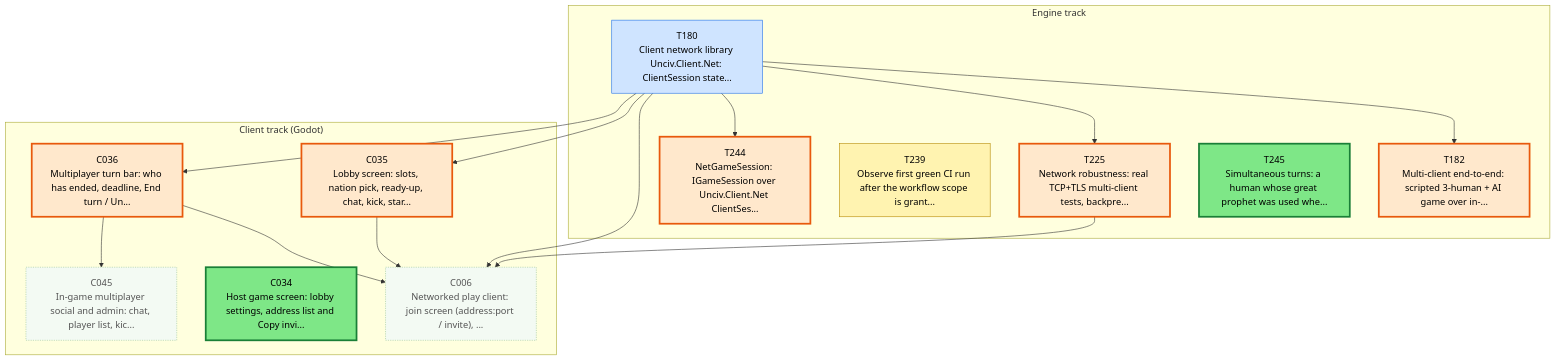
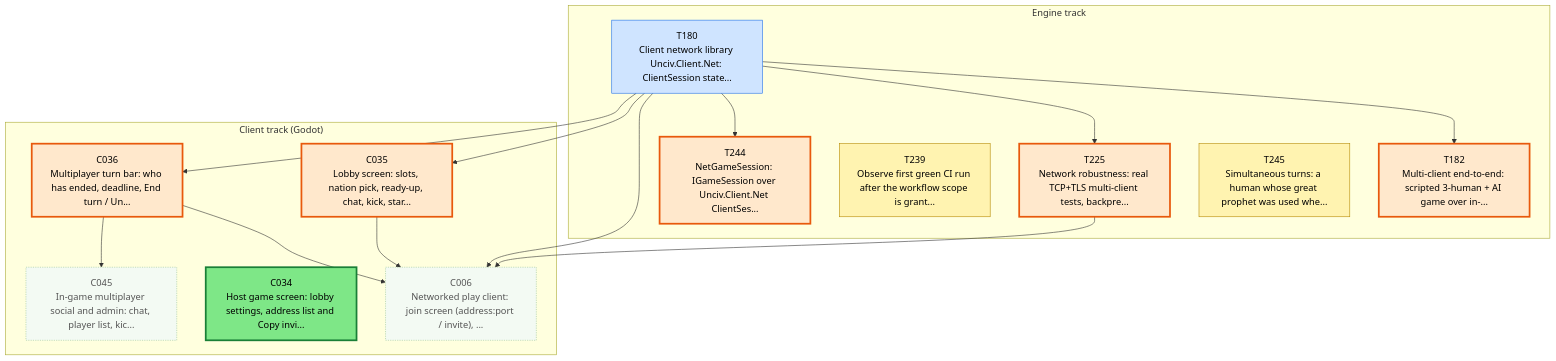
The first of 3 diagrams in csharp/migration/DEPENDENCY_MAP.md (Kenmura/Unciv), drawn with Mermaid before and after one commit. The commit also changed other lines of this file and 1 other file, not shown here.

````diff
--- a/csharp/migration/DEPENDENCY_MAP.md
+++ b/csharp/migration/DEPENDENCY_MAP.md
@@ -24,46 +24,46 @@
 ```mermaid
 flowchart TD
   subgraph TTRACK["Engine track"]
     T180["T180<br/>Client network library Unciv.Client.Net: ClientSession state..."]
     T182["T182<br/>Multi-client end-to-end: scripted 3-human + AI game over in-..."]
     T225["T225<br/>Network robustness: real TCP+TLS multi-client tests, backpre..."]
     T239["T239<br/>Observe first green CI run after the workflow scope is grant..."]
     T244["T244<br/>NetGameSession: IGameSession over Unciv.Client.Net ClientSes..."]
     T245["T245<br/>Simultaneous turns: a human whose great prophet was used whe..."]
   end
   subgraph CTRACK["Client track (Godot)"]
     C006["C006<br/>Networked play client: join screen (address:port / invite), ..."]
     C034["C034<br/>Host game screen: lobby settings, address list and Copy invi..."]
     C035["C035<br/>Lobby screen: slots, nation pick, ready-up, chat, kick, star..."]
     C036["C036<br/>Multiplayer turn bar: who has ended, deadline, End turn / Un..."]
     C045["C045<br/>In-game multiplayer social and admin: chat, player list, kic..."]
   end
   T180 --> T182
   T180 --> T225
   T180 --> T244
   T180 --> C006
   C035 --> C006
   C036 --> C006
   T225 --> C006
   T180 --> C035
   T180 --> C036
   C036 --> C045
   classDef waiting fill:#f3faf3,stroke:#9bc49b,color:#555,stroke-dasharray:2 2
   classDef ondeck fill:#ffe8cc,stroke:#e8590c,stroke-width:3px,color:#000
   classDef ready fill:#7ee787,stroke:#1a7f37,stroke-width:3px,color:#000
   classDef prog fill:#fff3b0,stroke:#b58900,color:#000
   classDef review fill:#cfe4ff,stroke:#1f6feb,color:#000
   classDef blocked fill:#ffd6d6,stroke:#c62828,color:#000
   classDef done fill:#eeeeee,stroke:#999999,color:#666,stroke-dasharray:4 3
   class C006 waiting
   class C034 ready
   class C035 ondeck
   class C036 ondeck
   class C045 waiting
   class T180 review
   class T182 ondeck
   class T225 ondeck
   class T239 prog
   class T244 ondeck
-  class T245 ready
+  class T245 prog
 ```
````
